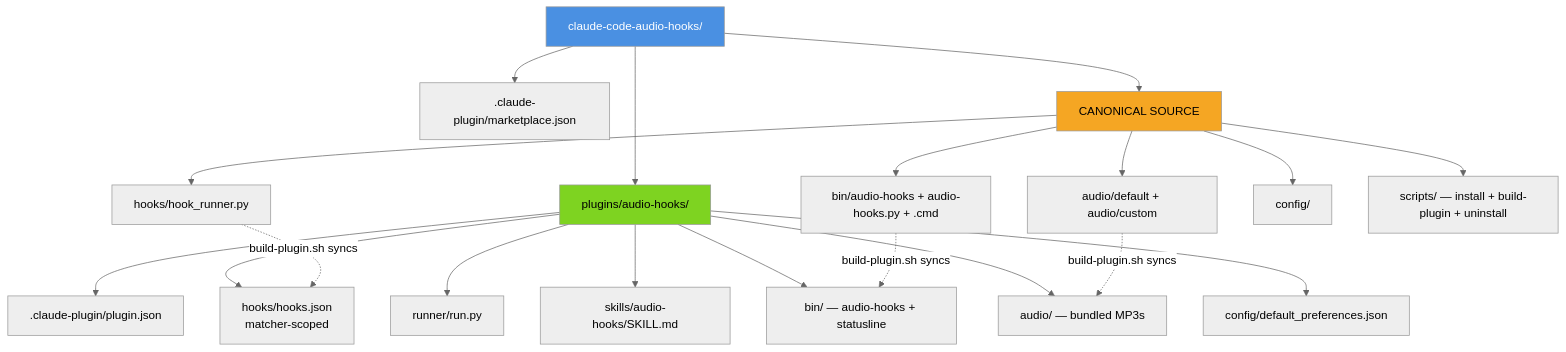
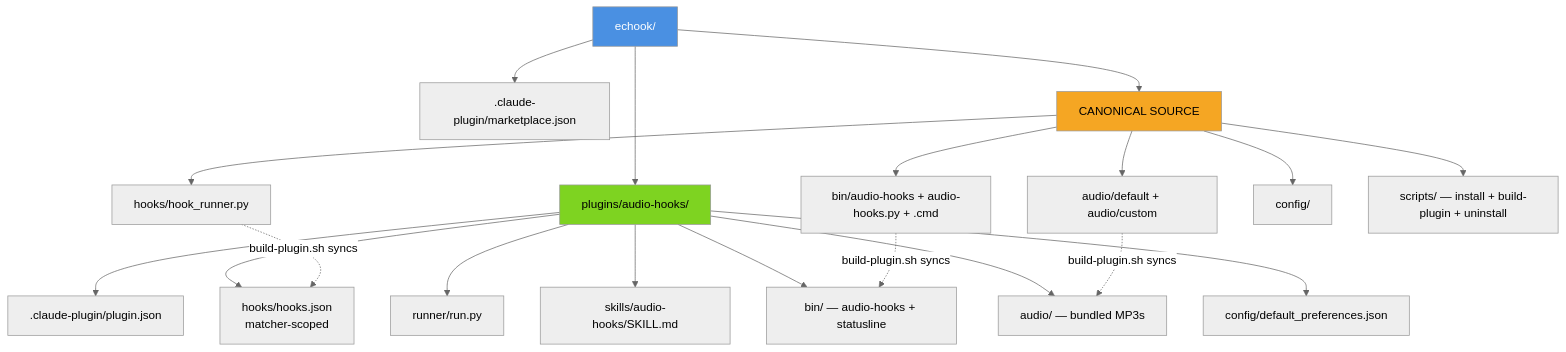
The seventh of 7 diagrams in README.md (ChanMeng666/echook), drawn with Mermaid (neutral theme) before and after one commit. The commit also changed other lines of this file and 40 other files, not shown here.

````diff
--- a/README.md
+++ b/README.md
@@ -549,30 +551,30 @@
 ```mermaid
 flowchart TB
-    REPO[claude-code-audio-hooks/]
+    REPO[echook/]
 
     REPO --> CP[.claude-plugin/marketplace.json]
     REPO --> PLUGINS[plugins/audio-hooks/]
     REPO --> CANON[CANONICAL SOURCE]
 
     PLUGINS --> P_MANIFEST[.claude-plugin/plugin.json]
     PLUGINS --> P_HOOKS[hooks/hooks.json<br/>matcher-scoped]
     PLUGINS --> P_RUNNER[runner/run.py]
     PLUGINS --> P_SKILL[skills/audio-hooks/SKILL.md]
     PLUGINS --> P_BIN[bin/ — audio-hooks + statusline]
     PLUGINS --> P_AUDIO[audio/ — bundled MP3s]
     PLUGINS --> P_CONFIG[config/default_preferences.json]
 
     CANON --> C_HOOKS[hooks/hook_runner.py]
     CANON --> C_BIN[bin/audio-hooks + audio-hooks.py + .cmd]
     CANON --> C_AUDIO[audio/default + audio/custom]
     CANON --> C_CONFIG[config/]
     CANON --> C_SCRIPTS[scripts/ — install + build-plugin + uninstall]
 
     C_HOOKS -.->|build-plugin.sh syncs| P_HOOKS
     C_BIN -.->|build-plugin.sh syncs| P_BIN
     C_AUDIO -.->|build-plugin.sh syncs| P_AUDIO
 
     style REPO fill:#4A90E2,color:#fff
     style PLUGINS fill:#7ED321,color:#000
     style CANON fill:#F5A623,color:#000
 ```
````
